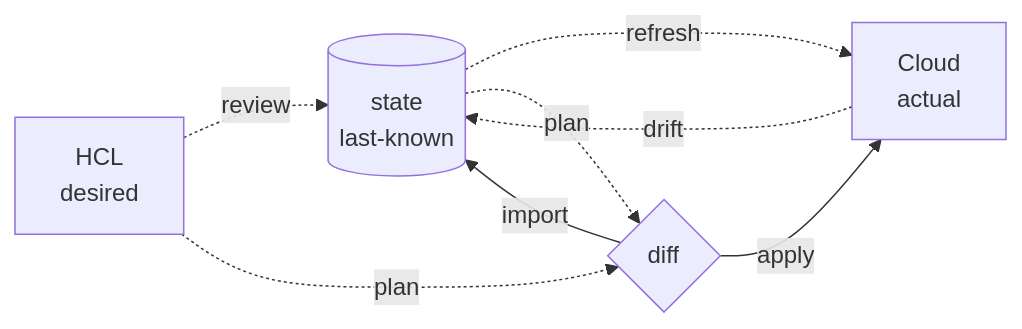
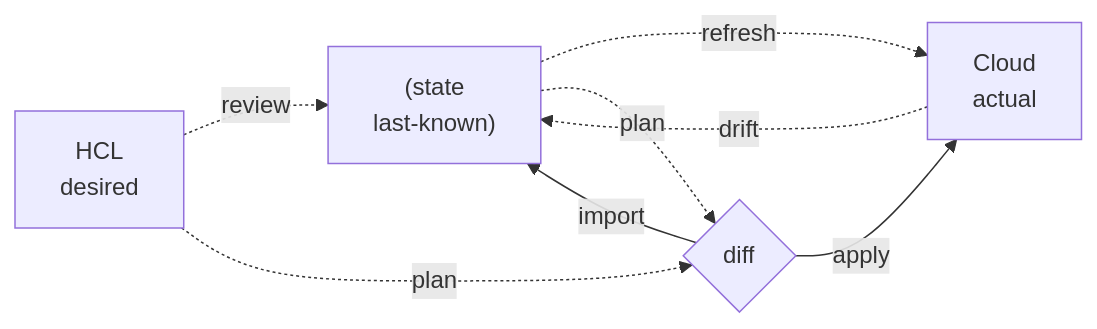
The eighth of 12 diagrams in 07-terraform/README.md (srinivaskona7/devops-learning), drawn with Mermaid before and after one commit. The commit also changed other lines of this file and 220 other files, not shown here.

````diff
--- a/07-terraform/README.md
+++ b/07-terraform/README.md
@@ -912,10 +994,10 @@
 ```mermaid
 flowchart LR
-  HCL[HCL<br/>desired] -. review .-> STATE
-  STATE[(state<br/>last-known)] -. refresh .-> CLOUD
-  CLOUD[Cloud<br/>actual] -. drift .-> STATE
+  HCL["HCL<br/>desired"] -. review .-> STATE
+  STATE["(state<br/>last-known)"] -. refresh .-> CLOUD
+  CLOUD["Cloud<br/>actual"] -. drift .-> STATE
   STATE -. plan .-> DIFF{diff}
   HCL -. plan .-> DIFF
   DIFF -->|apply| CLOUD
   DIFF -->|import| STATE
 ```
````
